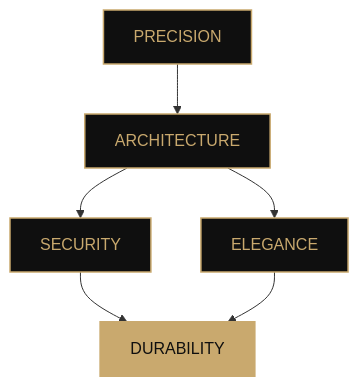
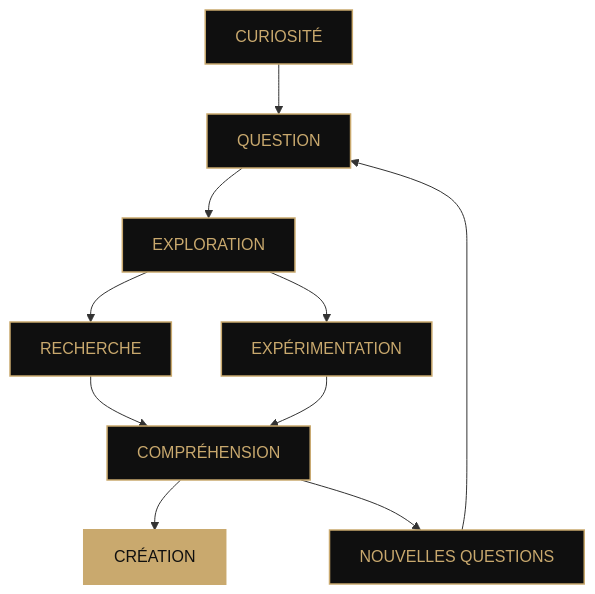
Before and after one commit to malicaeus/malicaeus: the diagram in README.md, drawn with Mermaid. The commit also changed other lines of this file, not shown here.

````diff
--- a/README.md
+++ b/README.md
@@ -234,16 +236,22 @@
 ```mermaid
 flowchart TD
-    A["PRECISION"] --> B["ARCHITECTURE"]
+    A["CURIOSITÉ"] --> B["QUESTION"]
+    B --> C["EXPLORATION"]
 
-    B --> C["SECURITY"]
-    B --> D["ELEGANCE"]
+    C --> D["RECHERCHE"]
+    C --> E["EXPÉRIMENTATION"]
 
-    C --> E["DURABILITY"]
-    D --> E
+    D --> F["COMPRÉHENSION"]
+    E --> F
+
+    F --> G["CRÉATION"]
+    F --> H["NOUVELLES QUESTIONS"]
+
+    H --> B
 
     classDef main fill:#0f0f0f,stroke:#c9a96e,color:#c9a96e,stroke-width:1.5px;
-    classDef final fill:#c9a96e,stroke:#c9a96e,color:#0f0f0f,stroke-width:2px;
+    classDef accent fill:#c9a96e,stroke:#c9a96e,color:#0f0f0f,stroke-width:2px;
 
-    class A,B,C,D main;
-    class E final;
+    class A,B,C,D,E,F,H main;
+    class G accent;
 ```
````
